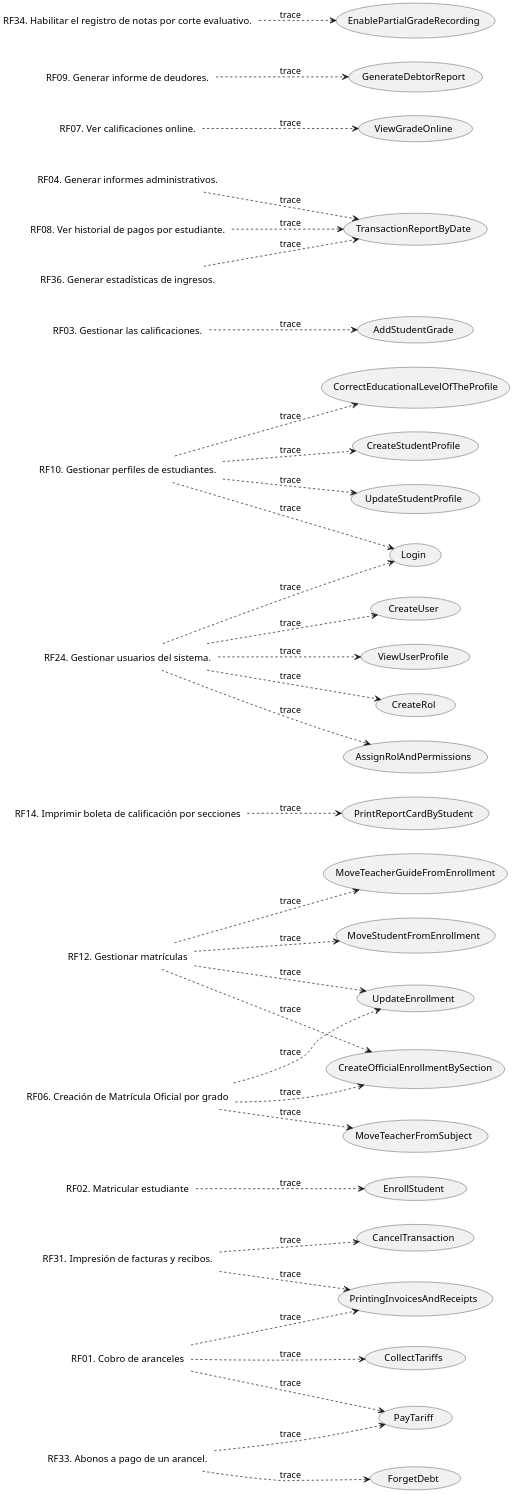
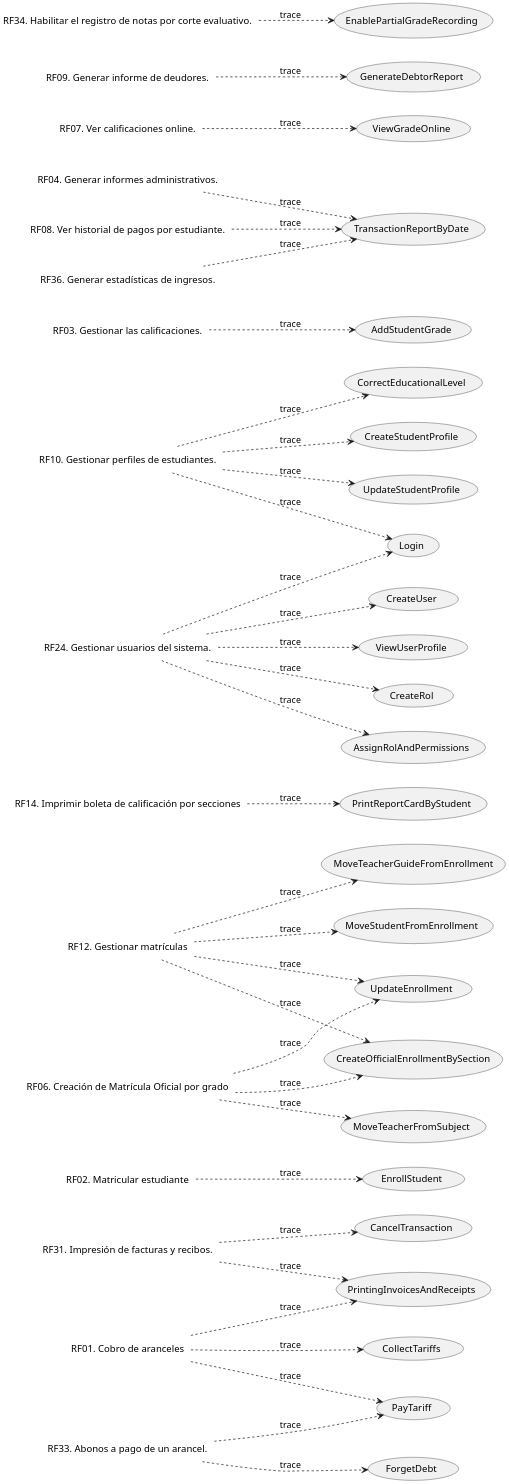
Before and after one commit to wsmcbl/wsmcbl.doc: the diagram in UseCaseView/TRACE.Requisites-x-UseCase.puml, drawn with PlantUML. The commit also changed 3 other files, not shown here.

```diff
--- a/UseCaseView/TRACE.Requisites-x-UseCase.puml
+++ b/UseCaseView/TRACE.Requisites-x-UseCase.puml
@@ -1,105 +1,105 @@
 @startuml
 'skinparam BackgroundColor transparent
 left to right direction
 scale 2
 
 'Iteration 1
 Label RF01 as "RF01. Cobro de aranceles"
 Label RF02 as "RF02. Matricular estudiante"
 label RF06 as "RF06. Creación de Matrícula Oficial por grado"
 label RF12 as "RF12. Gestionar matrículas"
 label RF14 as "RF14. Imprimir boleta de calificación por secciones"
 
 'Iteration 2
 Label RF10 as "RF10. Gestionar perfiles de estudiantes."
 Label RF24 as "RF24. Gestionar usuarios del sistema."
 Label RF03 as "RF03. Gestionar las calificaciones."
 Label RF33 as "RF33. Abonos a pago de un arancel."
 
 'Iteration 3
 Label RF04 as "RF04. Generar informes administrativos."
 Label RF07 as "RF07. Ver calificaciones online."
 Label RF08 as "RF08. Ver historial de pagos por estudiante."
 Label RF31 as "RF31. Impresión de facturas y recibos."
 Label RF36 as "RF36. Generar estadísticas de ingresos."
 
 'Iteration 4
 Label RF09 as "RF09. Generar informe de deudores."
 Label RF34 as "RF34. Habilitar el registro de notas por corte evaluativo."
 
 
 'Iteration 1
 usecase CU01 as "EnrollStudent"
 usecase CU05 as "CreateOfficialEnrollmentBySection"
 usecase CU58 as "PrintingInvoicesAndReceipts"
 usecase CU29 as "PrintReportCardByStudent"
 usecase CU21 as "MoveTeacherGuideFromEnrollment"
 usecase CU03 as "CollectTariffs"
 
 'Iteration 2
 usecase CU60 as "PayTariff"
 usecase CU11 as "AddStudentGrade"
 usecase CU02 as "CreateStudentProfile"
 usecase CU69 as "Login"
 
 'Iteration 3
 usecase CU15 as "ViewGradeOnline"
 usecase CU16 as "UpdateStudentProfile"
 usecase CU22 as "MoveTeacherFromSubject"
 usecase CU23 as "MoveStudentFromEnrollment"
 usecase CU73 as "CancelTransaction"
 usecase CU75 as "TransactionReportByDate"
 
 'Iteration 4
 usecase CU07 as "GenerateDebtorReport"
 usecase CU20 as "UpdateEnrollment"
 usecase CU46 as "CreateUser"
 usecase CU51 as "ViewUserProfile"
 usecase CU61 as "EnablePartialGradeRecording"
 usecase CU70 as "CreateRol"
 usecase CU71 as "AssignRolAndPermissions"
-usecase CU77 as "CorrectEducationalLevelOfTheProfile"
+usecase CU77 as "CorrectEducationalLevel"
 usecase CU78 as "ForgetDebt"
 
 
 
 'Iteration 1
 RF01 ..> CU03 : trace
 RF01 ..> CU58 : trace
 RF02 ..> CU01 : trace
 RF06 ..> CU05 : trace
 RF12 ..> CU05 : trace
 RF12 ..> CU21 : trace
 RF14 ..> CU29 : trace
 
 'Iteration 2
 RF01 ..> CU60 : trace
 RF06 ..> CU22 : trace
 RF10 ..> CU02 : trace
 RF10 ..> CU69 : trace
 RF24 ..> CU69 : trace
 RF33 ..> CU60 : trace
 RF03 ..> CU11 : trace
 RF07 ..> CU15 : trace
 
 'Iteration 3
 RF08 ..> CU75 : trace
 RF04 ..> CU75 : trace
 RF36 ..> CU75 : trace
 RF31 ..> CU73 : trace
 RF31 ..> CU58 : trace
 RF10 ..> CU16 : trace
 RF12 ..> CU23 : trace
 
 'Iteration 4
 RF09 ..> CU07 : trace
 RF06 ..> CU20 : trace
 RF12 ..> CU20 : trace
 RF24 ..> CU46 : trace
 RF24 ..> CU51 : trace
 RF34 ..> CU61 : trace
 RF24 ..> CU70 : trace
 RF24 ..> CU71 : trace
 RF10 ..> CU77 : trace
 RF33 ..> CU78 : trace
 @enduml
```
